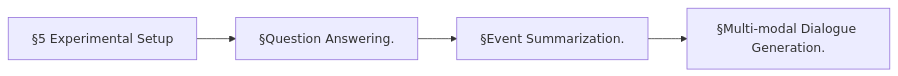
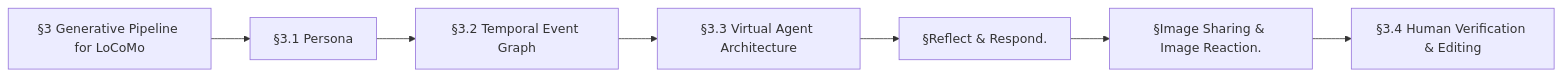
Before and after one commit to DarknessLED/dsh-loom: diagram 15 of 16 in docs/research/work-r4-knowledge-2026-11-25.md, drawn with Mermaid. The commit also changed other lines of this file and 39 other files, not shown here.

````diff
--- a/docs/research/work-r4-knowledge-2026-11-25.md
+++ b/docs/research/work-r4-knowledge-2026-11-25.md
@@ -1501,10 +1441,16 @@
 ```mermaid
 flowchart LR
-  N0["§5 Experimental Setup"]
-  N1["§Question Answering."]
-  N2["§Event Summarization."]
-  N3["§Multi-modal Dialogue Generation."]
+  N0["§3 Generative Pipeline for LoCoMo"]
+  N1["§3.1 Persona"]
+  N2["§3.2 Temporal Event Graph"]
+  N3["§3.3 Virtual Agent Architecture"]
+  N4["§Reflect & Respond."]
+  N5["§Image Sharing & Image Reaction."]
+  N6["§3.4 Human Verification & Editing"]
   N0 --> N1
   N1 --> N2
   N2 --> N3
+  N3 --> N4
+  N4 --> N5
+  N5 --> N6
 ```
````
